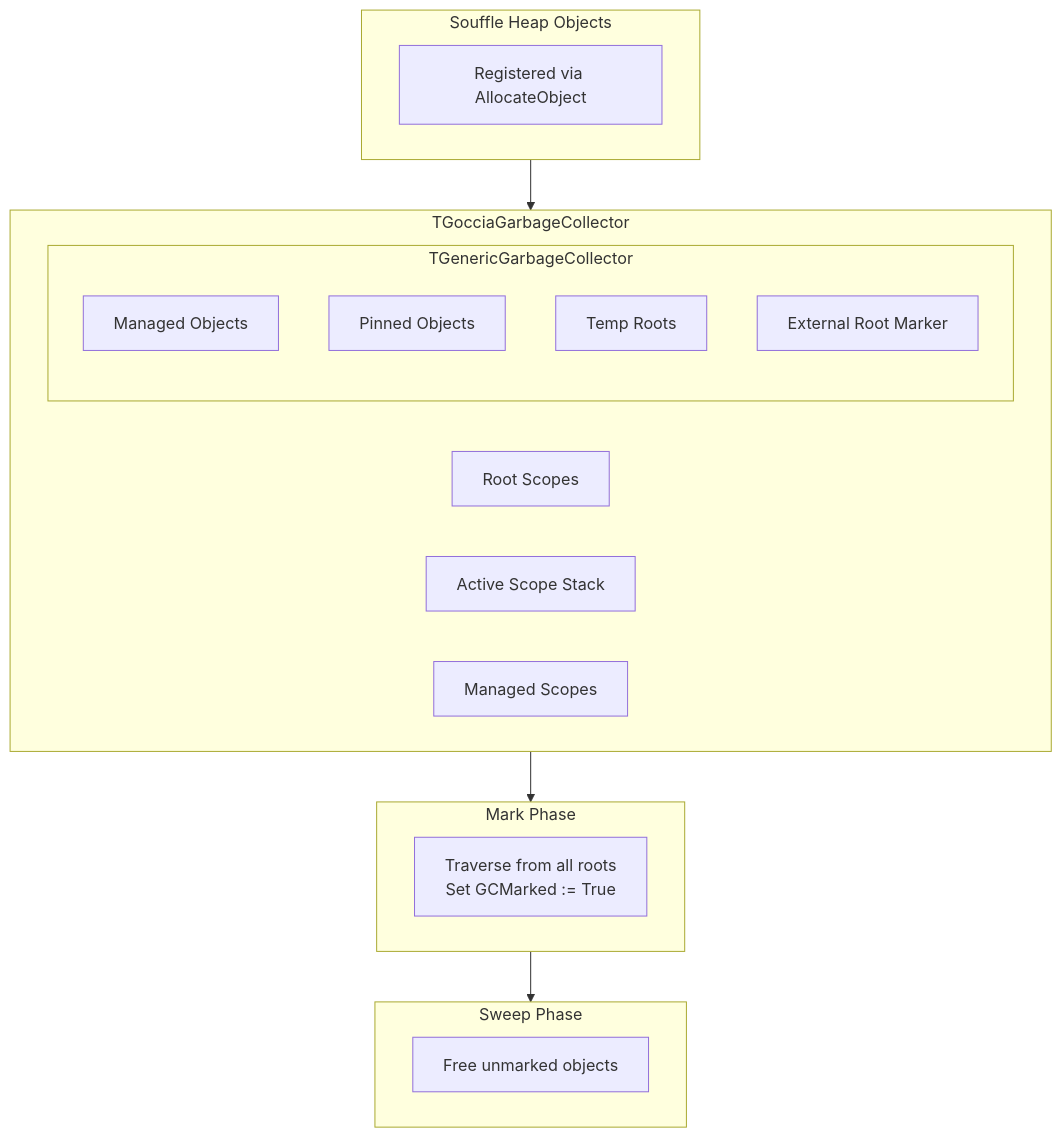
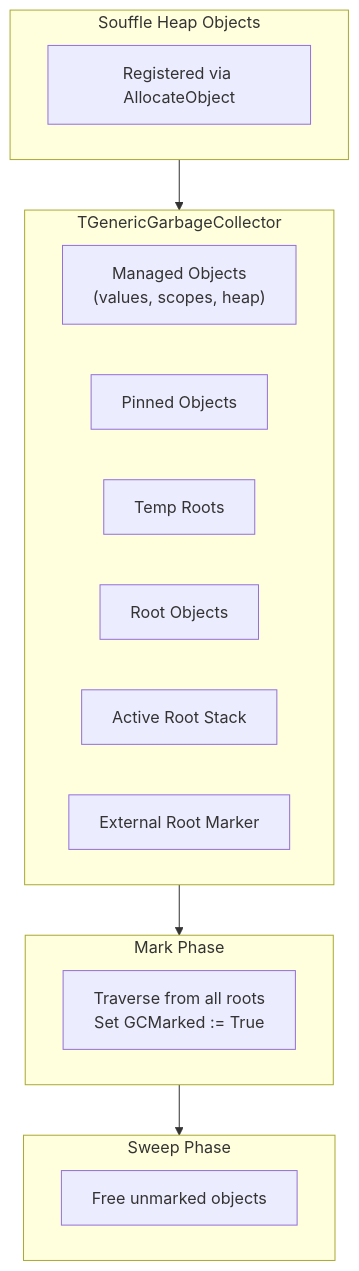
One commit to frostney/GocciaScript changed the fifth of 5 diagrams in docs/architecture.md. Above: the diagram before and after it, drawn with Mermaid. The commit also changed other lines of this file and 50 other files, not shown here.

First line of the commit message:
Eliminate Goccia.GarbageCollector.pas — single TGenericGarbageCollector for everything

````diff
--- a/docs/architecture.md
+++ b/docs/architecture.md
@@ -364,26 +363,22 @@
 ```mermaid
 flowchart TD
-    subgraph GenericGC["TGenericGarbageCollector"]
-        ManagedObjects["Managed Objects"]
+    subgraph GC["TGenericGarbageCollector"]
+        ManagedObjects["Managed Objects\n(values, scopes, heap)"]
         PinnedObjects["Pinned Objects"]
         TempRoots["Temp Roots"]
+        RootObjects["Root Objects"]
+        ActiveRootStack["Active Root Stack"]
         ExternalMarker["External Root Marker"]
-    end
-    subgraph GocciaGC["TGocciaGarbageCollector"]
-        GenericGC
-        RootScopes["Root Scopes"]
-        ActiveStack["Active Scope Stack"]
-        ManagedScopes["Managed Scopes"]
     end
     subgraph SouffleObjects["Souffle Heap Objects"]
         AllocateObject["Registered via AllocateObject"]
     end
     subgraph Mark["Mark Phase"]
         Traverse["Traverse from all roots\nSet GCMarked := True"]
     end
     subgraph Sweep["Sweep Phase"]
         Free["Free unmarked objects"]
     end
-    GocciaGC --> Mark --> Sweep
-    SouffleObjects --> GocciaGC
+    GC --> Mark --> Sweep
+    SouffleObjects --> GC
 ```
````
